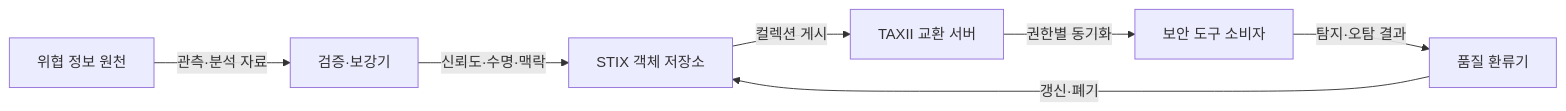
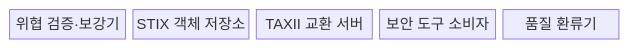
One commit to agnusdei1207/knowledge-base changed the first of 2 diagrams in src/content/docs/notes/04-network/096_threat_intelligence_stix_taxii.md. Above: the diagram before and after it, drawn with Mermaid. The commit also changed other lines of this file and 21 other files, not shown here.

````diff
--- a/src/content/docs/notes/04-network/096_threat_intelligence_stix_taxii.md
+++ b/src/content/docs/notes/04-network/096_threat_intelligence_stix_taxii.md
@@ -54,9 +55,9 @@
 ```mermaid
-flowchart LR
-    A["위협 정보 원천"] -->|관측·분석 자료| B["검증·보강기"]
-    B -->|신뢰도·수명·맥락| C["STIX 객체 저장소"]
-    C -->|컬렉션 게시| D["TAXII 교환 서버"]
-    D -->|권한별 동기화| E["보안 도구 소비자"]
-    E -->|탐지·오탐 결과| F["품질 환류기"]
-    F -->|갱신·폐기| C
+block-beta
+    columns 5
+    A["위협 검증·보강기"]
+    B["STIX 객체 저장소"]
+    C["TAXII 교환 서버"]
+    D["보안 도구 소비자"]
+    E["품질 환류기"]
 ```
````
